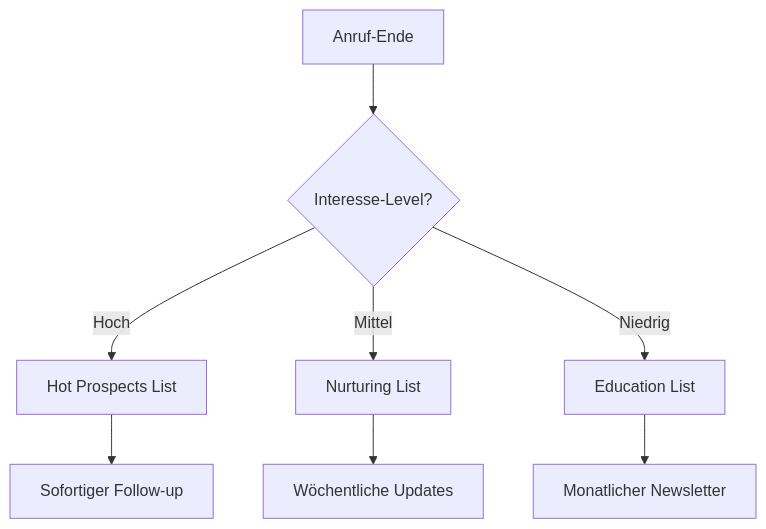
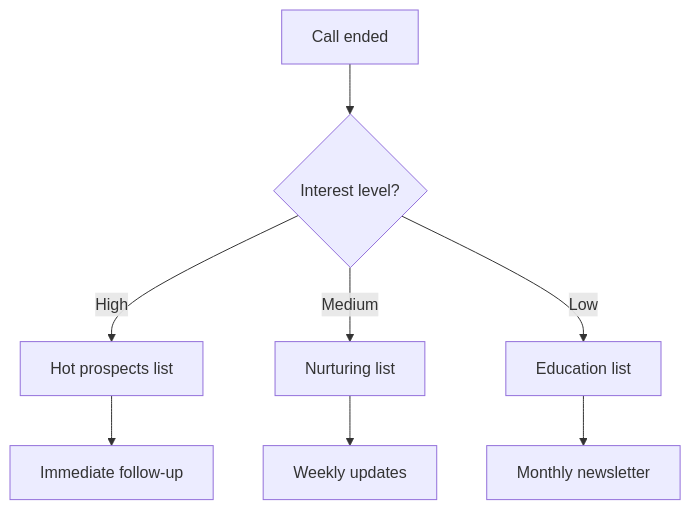
One commit to bekgroup/Famulor-docs-de changed the second of 2 diagrams in en/automation-platform/integrations/email-marketing.mdx. Above: the diagram before and after it, drawn with Mermaid. The commit also changed other lines of this file and 273 other files, not shown here.

````diff
--- a/en/automation-platform/integrations/email-marketing.mdx
+++ b/en/automation-platform/integrations/email-marketing.mdx
@@ -102,10 +102,10 @@
 ```mermaid
 graph TB
-    A[Anruf-Ende] --> B{Interesse-Level?}
-    B -->|Hoch| C[Hot Prospects List]
-    B -->|Mittel| D[Nurturing List]
-    B -->|Niedrig| E[Education List]
-    C --> F[Sofortiger Follow-up]
-    D --> G[Wöchentliche Updates]
-    E --> H[Monatlicher Newsletter]
+    A[Call ended] --> B{Interest level?}
+    B -->|High| C[Hot prospects list]
+    B -->|Medium| D[Nurturing list]
+    B -->|Low| E[Education list]
+    C --> F[Immediate follow-up]
+    D --> G[Weekly updates]
+    E --> H[Monthly newsletter]
 ```
````
